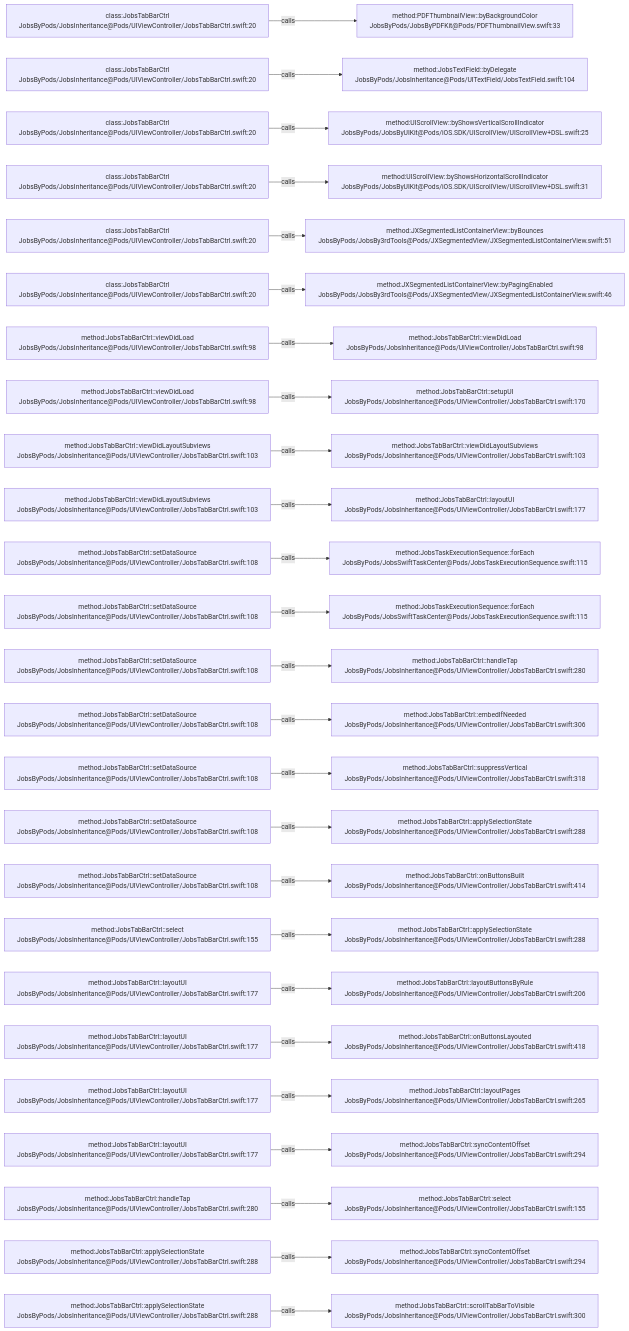
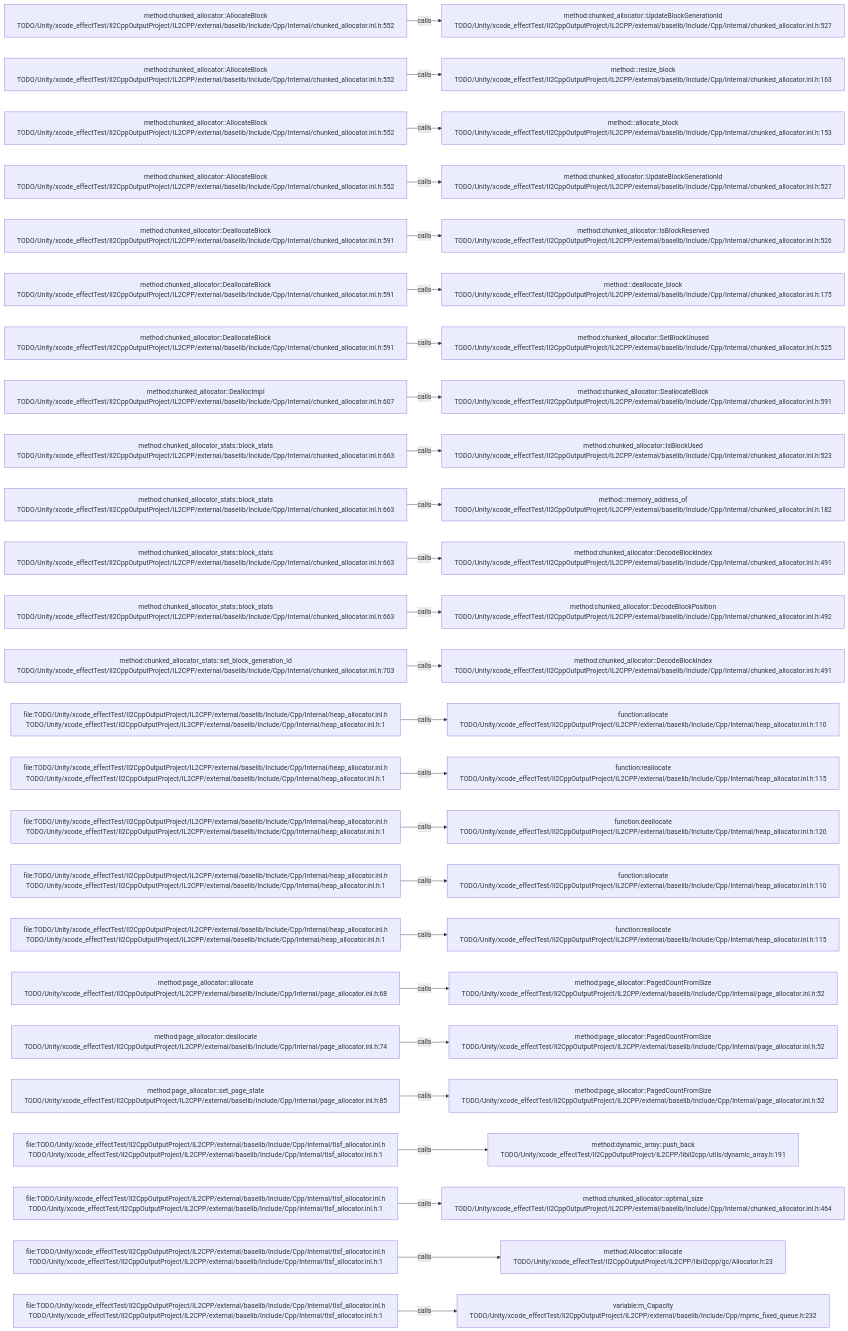
Before and after one commit to JobsKits/JobsSwiftBaseConfigDemo: the diagram in .codegraph/codegraph.md/graphs/calls-132.md, drawn with Mermaid. The commit also changed 569 other files, not shown here.

````diff
--- a/.codegraph/codegraph.md/graphs/calls-132.md
+++ b/.codegraph/codegraph.md/graphs/calls-132.md
@@ -13,78 +13,78 @@
 ```mermaid
 flowchart LR
-  S1["class:JobsTabBarCtrl<br/>JobsByPods/JobsInheritance@Pods/UIViewController/JobsTabBarCtrl.swift:20"]
-  T1["method:PDFThumbnailView::byBackgroundColor<br/>JobsByPods/JobsByPDFKit@Pods/PDFThumbnailView.swift:33"]
+  S1["method:chunked_allocator::AllocateBlock<br/>TODO/Unity/xcode_effectTest/Il2CppOutputProject/IL2CPP/external/baselib/Include/Cpp/Internal/chunked_allocator.inl.h:552"]
+  T1["method:chunked_allocator::UpdateBlockGenerationId<br/>TODO/Unity/xcode_effectTest/Il2CppOutputProject/IL2CPP/external/baselib/Include/Cpp/Internal/chunked_allocator.inl.h:527"]
   S1 -->|calls| T1
-  S2["class:JobsTabBarCtrl<br/>JobsByPods/JobsInheritance@Pods/UIViewController/JobsTabBarCtrl.swift:20"]
-  T2["method:JobsTextField::byDelegate<br/>JobsByPods/JobsInheritance@Pods/UITextField/JobsTextField.swift:104"]
+  S2["method:chunked_allocator::AllocateBlock<br/>TODO/Unity/xcode_effectTest/Il2CppOutputProject/IL2CPP/external/baselib/Include/Cpp/Internal/chunked_allocator.inl.h:552"]
+  T2["method:<anonymous>::resize_block<br/>TODO/Unity/xcode_effectTest/Il2CppOutputProject/IL2CPP/external/baselib/Include/Cpp/Internal/chunked_allocator.inl.h:163"]
   S2 -->|calls| T2
-  S3["class:JobsTabBarCtrl<br/>JobsByPods/JobsInheritance@Pods/UIViewController/JobsTabBarCtrl.swift:20"]
-  T3["method:UIScrollView::byShowsVerticalScrollIndicator<br/>JobsByPods/JobsByUIKit@Pods/iOS.SDK/UIScrollView/UIScrollView+DSL.swift:25"]
+  S3["method:chunked_allocator::AllocateBlock<br/>TODO/Unity/xcode_effectTest/Il2CppOutputProject/IL2CPP/external/baselib/Include/Cpp/Internal/chunked_allocator.inl.h:552"]
+  T3["method:<anonymous>::allocate_block<br/>TODO/Unity/xcode_effectTest/Il2CppOutputProject/IL2CPP/external/baselib/Include/Cpp/Internal/chunked_allocator.inl.h:153"]
   S3 -->|calls| T3
-  S4["class:JobsTabBarCtrl<br/>JobsByPods/JobsInheritance@Pods/UIViewController/JobsTabBarCtrl.swift:20"]
-  T4["method:UIScrollView::byShowsHorizontalScrollIndicator<br/>JobsByPods/JobsByUIKit@Pods/iOS.SDK/UIScrollView/UIScrollView+DSL.swift:31"]
+  S4["method:chunked_allocator::AllocateBlock<br/>TODO/Unity/xcode_effectTest/Il2CppOutputProject/IL2CPP/external/baselib/Include/Cpp/Internal/chunked_allocator.inl.h:552"]
+  T4["method:chunked_allocator::UpdateBlockGenerationId<br/>TODO/Unity/xcode_effectTest/Il2CppOutputProject/IL2CPP/external/baselib/Include/Cpp/Internal/chunked_allocator.inl.h:527"]
   S4 -->|calls| T4
-  S5["class:JobsTabBarCtrl<br/>JobsByPods/JobsInheritance@Pods/UIViewController/JobsTabBarCtrl.swift:20"]
-  T5["method:JXSegmentedListContainerView::byBounces<br/>JobsByPods/JobsBy3rdTools@Pods/JXSegmentedView/JXSegmentedListContainerView.swift:51"]
+  S5["method:chunked_allocator::DeallocateBlock<br/>TODO/Unity/xcode_effectTest/Il2CppOutputProject/IL2CPP/external/baselib/Include/Cpp/Internal/chunked_allocator.inl.h:591"]
+  T5["method:chunked_allocator::IsBlockReserved<br/>TODO/Unity/xcode_effectTest/Il2CppOutputProject/IL2CPP/external/baselib/Include/Cpp/Internal/chunked_allocator.inl.h:526"]
   S5 -->|calls| T5
-  S6["class:JobsTabBarCtrl<br/>JobsByPods/JobsInheritance@Pods/UIViewController/JobsTabBarCtrl.swift:20"]
-  T6["method:JXSegmentedListContainerView::byPagingEnabled<br/>JobsByPods/JobsBy3rdTools@Pods/JXSegmentedView/JXSegmentedListContainerView.swift:46"]
+  S6["method:chunked_allocator::DeallocateBlock<br/>TODO/Unity/xcode_effectTest/Il2CppOutputProject/IL2CPP/external/baselib/Include/Cpp/Internal/chunked_allocator.inl.h:591"]
+  T6["method:<anonymous>::deallocate_block<br/>TODO/Unity/xcode_effectTest/Il2CppOutputProject/IL2CPP/external/baselib/Include/Cpp/Internal/chunked_allocator.inl.h:175"]
   S6 -->|calls| T6
-  S7["method:JobsTabBarCtrl::viewDidLoad<br/>JobsByPods/JobsInheritance@Pods/UIViewController/JobsTabBarCtrl.swift:98"]
-  T7["method:JobsTabBarCtrl::viewDidLoad<br/>JobsByPods/JobsInheritance@Pods/UIViewController/JobsTabBarCtrl.swift:98"]
+  S7["method:chunked_allocator::DeallocateBlock<br/>TODO/Unity/xcode_effectTest/Il2CppOutputProject/IL2CPP/external/baselib/Include/Cpp/Internal/chunked_allocator.inl.h:591"]
+  T7["method:chunked_allocator::SetBlockUnused<br/>TODO/Unity/xcode_effectTest/Il2CppOutputProject/IL2CPP/external/baselib/Include/Cpp/Internal/chunked_allocator.inl.h:525"]
   S7 -->|calls| T7
-  S8["method:JobsTabBarCtrl::viewDidLoad<br/>JobsByPods/JobsInheritance@Pods/UIViewController/JobsTabBarCtrl.swift:98"]
-  T8["method:JobsTabBarCtrl::setupUI<br/>JobsByPods/JobsInheritance@Pods/UIViewController/JobsTabBarCtrl.swift:170"]
+  S8["method:chunked_allocator::DeallocImpl<br/>TODO/Unity/xcode_effectTest/Il2CppOutputProject/IL2CPP/external/baselib/Include/Cpp/Internal/chunked_allocator.inl.h:607"]
+  T8["method:chunked_allocator::DeallocateBlock<br/>TODO/Unity/xcode_effectTest/Il2CppOutputProject/IL2CPP/external/baselib/Include/Cpp/Internal/chunked_allocator.inl.h:591"]
   S8 -->|calls| T8
-  S9["method:JobsTabBarCtrl::viewDidLayoutSubviews<br/>JobsByPods/JobsInheritance@Pods/UIViewController/JobsTabBarCtrl.swift:103"]
-  T9["method:JobsTabBarCtrl::viewDidLayoutSubviews<br/>JobsByPods/JobsInheritance@Pods/UIViewController/JobsTabBarCtrl.swift:103"]
+  S9["method:chunked_allocator_stats::block_stats<br/>TODO/Unity/xcode_effectTest/Il2CppOutputProject/IL2CPP/external/baselib/Include/Cpp/Internal/chunked_allocator.inl.h:663"]
+  T9["method:chunked_allocator::IsBlockUsed<br/>TODO/Unity/xcode_effectTest/Il2CppOutputProject/IL2CPP/external/baselib/Include/Cpp/Internal/chunked_allocator.inl.h:523"]
   S9 -->|calls| T9
-  S10["method:JobsTabBarCtrl::viewDidLayoutSubviews<br/>JobsByPods/JobsInheritance@Pods/UIViewController/JobsTabBarCtrl.swift:103"]
-  T10["method:JobsTabBarCtrl::layoutUI<br/>JobsByPods/JobsInheritance@Pods/UIViewController/JobsTabBarCtrl.swift:177"]
+  S10["method:chunked_allocator_stats::block_stats<br/>TODO/Unity/xcode_effectTest/Il2CppOutputProject/IL2CPP/external/baselib/Include/Cpp/Internal/chunked_allocator.inl.h:663"]
+  T10["method:<anonymous>::memory_address_of<br/>TODO/Unity/xcode_effectTest/Il2CppOutputProject/IL2CPP/external/baselib/Include/Cpp/Internal/chunked_allocator.inl.h:182"]
   S10 -->|calls| T10
-  S11["method:JobsTabBarCtrl::setDataSource<br/>JobsByPods/JobsInheritance@Pods/UIViewController/JobsTabBarCtrl.swift:108"]
-  T11["method:JobsTaskExecutionSequence::forEach<br/>JobsByPods/JobsSwiftTaskCenter@Pods/JobsTaskExecutionSequence.swift:115"]
+  S11["method:chunked_allocator_stats::block_stats<br/>TODO/Unity/xcode_effectTest/Il2CppOutputProject/IL2CPP/external/baselib/Include/Cpp/Internal/chunked_allocator.inl.h:663"]
+  T11["method:chunked_allocator::DecodeBlockIndex<br/>TODO/Unity/xcode_effectTest/Il2CppOutputProject/IL2CPP/external/baselib/Include/Cpp/Internal/chunked_allocator.inl.h:491"]
   S11 -->|calls| T11
-  S12["method:JobsTabBarCtrl::setDataSource<br/>JobsByPods/JobsInheritance@Pods/UIViewController/JobsTabBarCtrl.swift:108"]
-  T12["method:JobsTaskExecutionSequence::forEach<br/>JobsByPods/JobsSwiftTaskCenter@Pods/JobsTaskExecutionSequence.swift:115"]
+  S12["method:chunked_allocator_stats::block_stats<br/>TODO/Unity/xcode_effectTest/Il2CppOutputProject/IL2CPP/external/baselib/Include/Cpp/Internal/chunked_allocator.inl.h:663"]
+  T12["method:chunked_allocator::DecodeBlockPosition<br/>TODO/Unity/xcode_effectTest/Il2CppOutputProject/IL2CPP/external/baselib/Include/Cpp/Internal/chunked_allocator.inl.h:492"]
   S12 -->|calls| T12
-  S13["method:JobsTabBarCtrl::setDataSource<br/>JobsByPods/JobsInheritance@Pods/UIViewController/JobsTabBarCtrl.swift:108"]
-  T13["method:JobsTabBarCtrl::handleTap<br/>JobsByPods/JobsInheritance@Pods/UIViewController/JobsTabBarCtrl.swift:280"]
+  S13["method:chunked_allocator_stats::set_block_generation_id<br/>TODO/Unity/xcode_effectTest/Il2CppOutputProject/IL2CPP/external/baselib/Include/Cpp/Internal/chunked_allocator.inl.h:703"]
+  T13["method:chunked_allocator::DecodeBlockIndex<br/>TODO/Unity/xcode_effectTest/Il2CppOutputProject/IL2CPP/external/baselib/Include/Cpp/Internal/chunked_allocator.inl.h:491"]
   S13 -->|calls| T13
-  S14["method:JobsTabBarCtrl::setDataSource<br/>JobsByPods/JobsInheritance@Pods/UIViewController/JobsTabBarCtrl.swift:108"]
-  T14["method:JobsTabBarCtrl::embedIfNeeded<br/>JobsByPods/JobsInheritance@Pods/UIViewController/JobsTabBarCtrl.swift:306"]
+  S14["file:TODO/Unity/xcode_effectTest/Il2CppOutputProject/IL2CPP/external/baselib/Include/Cpp/Internal/heap_allocator.inl.h<br/>TODO/Unity/xcode_effectTest/Il2CppOutputProject/IL2CPP/external/baselib/Include/Cpp/Internal/heap_allocator.inl.h:1"]
+  T14["function:allocate<br/>TODO/Unity/xcode_effectTest/Il2CppOutputProject/IL2CPP/external/baselib/Include/Cpp/Internal/heap_allocator.inl.h:110"]
   S14 -->|calls| T14
-  S15["method:JobsTabBarCtrl::setDataSource<br/>JobsByPods/JobsInheritance@Pods/UIViewController/JobsTabBarCtrl.swift:108"]
-  T15["method:JobsTabBarCtrl::suppressVertical<br/>JobsByPods/JobsInheritance@Pods/UIViewController/JobsTabBarCtrl.swift:318"]
+  S15["file:TODO/Unity/xcode_effectTest/Il2CppOutputProject/IL2CPP/external/baselib/Include/Cpp/Internal/heap_allocator.inl.h<br/>TODO/Unity/xcode_effectTest/Il2CppOutputProject/IL2CPP/external/baselib/Include/Cpp/Internal/heap_allocator.inl.h:1"]
+  T15["function:reallocate<br/>TODO/Unity/xcode_effectTest/Il2CppOutputProject/IL2CPP/external/baselib/Include/Cpp/Internal/heap_allocator.inl.h:115"]
   S15 -->|calls| T15
-  S16["method:JobsTabBarCtrl::setDataSource<br/>JobsByPods/JobsInheritance@Pods/UIViewController/JobsTabBarCtrl.swift:108"]
-  T16["method:JobsTabBarCtrl::applySelectionState<br/>JobsByPods/JobsInheritance@Pods/UIViewController/JobsTabBarCtrl.swift:288"]
+  S16["file:TODO/Unity/xcode_effectTest/Il2CppOutputProject/IL2CPP/external/baselib/Include/Cpp/Internal/heap_allocator.inl.h<br/>TODO/Unity/xcode_effectTest/Il2CppOutputProject/IL2CPP/external/baselib/Include/Cpp/Internal/heap_allocator.inl.h:1"]
+  T16["function:deallocate<br/>TODO/Unity/xcode_effectTest/Il2CppOutputProject/IL2CPP/external/baselib/Include/Cpp/Internal/heap_allocator.inl.h:120"]
   S16 -->|calls| T16
-  S17["method:JobsTabBarCtrl::setDataSource<br/>JobsByPods/JobsInheritance@Pods/UIViewController/JobsTabBarCtrl.swift:108"]
-  T17["method:JobsTabBarCtrl::onButtonsBuilt<br/>JobsByPods/JobsInheritance@Pods/UIViewController/JobsTabBarCtrl.swift:414"]
+  S17["file:TODO/Unity/xcode_effectTest/Il2CppOutputProject/IL2CPP/external/baselib/Include/Cpp/Internal/heap_allocator.inl.h<br/>TODO/Unity/xcode_effectTest/Il2CppOutputProject/IL2CPP/external/baselib/Include/Cpp/Internal/heap_allocator.inl.h:1"]
+  T17["function:allocate<br/>TODO/Unity/xcode_effectTest/Il2CppOutputProject/IL2CPP/external/baselib/Include/Cpp/Internal/heap_allocator.inl.h:110"]
   S17 -->|calls| T17
-  S18["method:JobsTabBarCtrl::select<br/>JobsByPods/JobsInheritance@Pods/UIViewController/JobsTabBarCtrl.swift:155"]
-  T18["method:JobsTabBarCtrl::applySelectionState<br/>JobsByPods/JobsInheritance@Pods/UIViewController/JobsTabBarCtrl.swift:288"]
+  S18["file:TODO/Unity/xcode_effectTest/Il2CppOutputProject/IL2CPP/external/baselib/Include/Cpp/Internal/heap_allocator.inl.h<br/>TODO/Unity/xcode_effectTest/Il2CppOutputProject/IL2CPP/external/baselib/Include/Cpp/Internal/heap_allocator.inl.h:1"]
+  T18["function:reallocate<br/>TODO/Unity/xcode_effectTest/Il2CppOutputProject/IL2CPP/external/baselib/Include/Cpp/Internal/heap_allocator.inl.h:115"]
   S18 -->|calls| T18
-  S19["method:JobsTabBarCtrl::layoutUI<br/>JobsByPods/JobsInheritance@Pods/UIViewController/JobsTabBarCtrl.swift:177"]
-  T19["method:JobsTabBarCtrl::layoutButtonsByRule<br/>JobsByPods/JobsInheritance@Pods/UIViewController/JobsTabBarCtrl.swift:206"]
+  S19["method:page_allocator::allocate<br/>TODO/Unity/xcode_effectTest/Il2CppOutputProject/IL2CPP/external/baselib/Include/Cpp/Internal/page_allocator.inl.h:68"]
+  T19["method:page_allocator::PagedCountFromSize<br/>TODO/Unity/xcode_effectTest/Il2CppOutputProject/IL2CPP/external/baselib/Include/Cpp/Internal/page_allocator.inl.h:52"]
   S19 -->|calls| T19
-  S20["method:JobsTabBarCtrl::layoutUI<br/>JobsByPods/JobsInheritance@Pods/UIViewController/JobsTabBarCtrl.swift:177"]
-  T20["method:JobsTabBarCtrl::onButtonsLayouted<br/>JobsByPods/JobsInheritance@Pods/UIViewController/JobsTabBarCtrl.swift:418"]
+  S20["method:page_allocator::deallocate<br/>TODO/Unity/xcode_effectTest/Il2CppOutputProject/IL2CPP/external/baselib/Include/Cpp/Internal/page_allocator.inl.h:74"]
+  T20["method:page_allocator::PagedCountFromSize<br/>TODO/Unity/xcode_effectTest/Il2CppOutputProject/IL2CPP/external/baselib/Include/Cpp/Internal/page_allocator.inl.h:52"]
   S20 -->|calls| T20
-  S21["method:JobsTabBarCtrl::layoutUI<br/>JobsByPods/JobsInheritance@Pods/UIViewController/JobsTabBarCtrl.swift:177"]
-  T21["method:JobsTabBarCtrl::layoutPages<br/>JobsByPods/JobsInheritance@Pods/UIViewController/JobsTabBarCtrl.swift:265"]
+  S21["method:page_allocator::set_page_state<br/>TODO/Unity/xcode_effectTest/Il2CppOutputProject/IL2CPP/external/baselib/Include/Cpp/Internal/page_allocator.inl.h:85"]
+  T21["method:page_allocator::PagedCountFromSize<br/>TODO/Unity/xcode_effectTest/Il2CppOutputProject/IL2CPP/external/baselib/Include/Cpp/Internal/page_allocator.inl.h:52"]
   S21 -->|calls| T21
-  S22["method:JobsTabBarCtrl::layoutUI<br/>JobsByPods/JobsInheritance@Pods/UIViewController/JobsTabBarCtrl.swift:177"]
-  T22["method:JobsTabBarCtrl::syncContentOffset<br/>JobsByPods/JobsInheritance@Pods/UIViewController/JobsTabBarCtrl.swift:294"]
+  S22["file:TODO/Unity/xcode_effectTest/Il2CppOutputProject/IL2CPP/external/baselib/Include/Cpp/Internal/tlsf_allocator.inl.h<br/>TODO/Unity/xcode_effectTest/Il2CppOutputProject/IL2CPP/external/baselib/Include/Cpp/Internal/tlsf_allocator.inl.h:1"]
+  T22["method:dynamic_array::push_back<br/>TODO/Unity/xcode_effectTest/Il2CppOutputProject/IL2CPP/libil2cpp/utils/dynamic_array.h:191"]
   S22 -->|calls| T22
-  S23["method:JobsTabBarCtrl::handleTap<br/>JobsByPods/JobsInheritance@Pods/UIViewController/JobsTabBarCtrl.swift:280"]
-  T23["method:JobsTabBarCtrl::select<br/>JobsByPods/JobsInheritance@Pods/UIViewController/JobsTabBarCtrl.swift:155"]
+  S23["file:TODO/Unity/xcode_effectTest/Il2CppOutputProject/IL2CPP/external/baselib/Include/Cpp/Internal/tlsf_allocator.inl.h<br/>TODO/Unity/xcode_effectTest/Il2CppOutputProject/IL2CPP/external/baselib/Include/Cpp/Internal/tlsf_allocator.inl.h:1"]
+  T23["method:chunked_allocator::optimal_size<br/>TODO/Unity/xcode_effectTest/Il2CppOutputProject/IL2CPP/external/baselib/Include/Cpp/Internal/chunked_allocator.inl.h:464"]
   S23 -->|calls| T23
-  S24["method:JobsTabBarCtrl::applySelectionState<br/>JobsByPods/JobsInheritance@Pods/UIViewController/JobsTabBarCtrl.swift:288"]
-  T24["method:JobsTabBarCtrl::syncContentOffset<br/>JobsByPods/JobsInheritance@Pods/UIViewController/JobsTabBarCtrl.swift:294"]
+  S24["file:TODO/Unity/xcode_effectTest/Il2CppOutputProject/IL2CPP/external/baselib/Include/Cpp/Internal/tlsf_allocator.inl.h<br/>TODO/Unity/xcode_effectTest/Il2CppOutputProject/IL2CPP/external/baselib/Include/Cpp/Internal/tlsf_allocator.inl.h:1"]
+  T24["method:Allocator::allocate<br/>TODO/Unity/xcode_effectTest/Il2CppOutputProject/IL2CPP/libil2cpp/gc/Allocator.h:23"]
   S24 -->|calls| T24
-  S25["method:JobsTabBarCtrl::applySelectionState<br/>JobsByPods/JobsInheritance@Pods/UIViewController/JobsTabBarCtrl.swift:288"]
-  T25["method:JobsTabBarCtrl::scrollTabBarToVisible<br/>JobsByPods/JobsInheritance@Pods/UIViewController/JobsTabBarCtrl.swift:300"]
+  S25["file:TODO/Unity/xcode_effectTest/Il2CppOutputProject/IL2CPP/external/baselib/Include/Cpp/Internal/tlsf_allocator.inl.h<br/>TODO/Unity/xcode_effectTest/Il2CppOutputProject/IL2CPP/external/baselib/Include/Cpp/Internal/tlsf_allocator.inl.h:1"]
+  T25["variable:m_Capacity<br/>TODO/Unity/xcode_effectTest/Il2CppOutputProject/IL2CPP/external/baselib/Include/Cpp/mpmc_fixed_queue.h:232"]
   S25 -->|calls| T25
 ```
````
